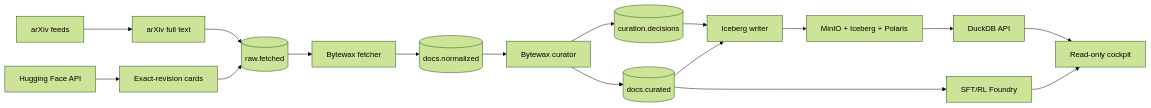
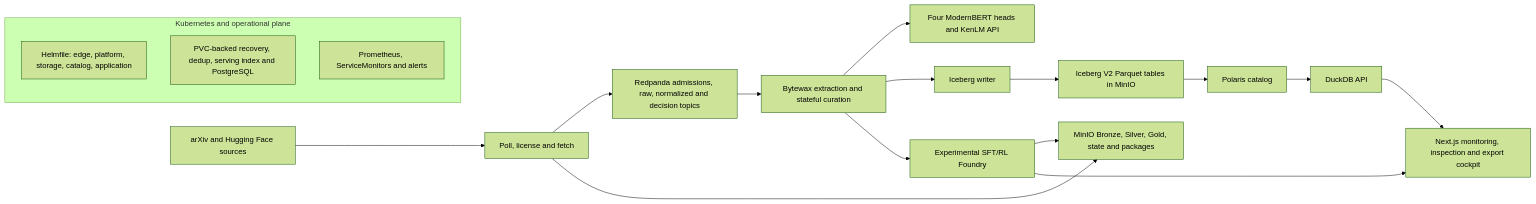
One commit to 0Chris5R/Stream2Pretrain changed the diagram in docs/architecture.mmd. Above: the diagram before and after it, drawn with Mermaid (forest theme). The commit also changed 53 other files, not shown here.

```diff
--- a/docs/architecture.mmd
+++ b/docs/architecture.mmd
@@ -1,17 +1,20 @@
 flowchart LR
-  arxiv["arXiv feeds"] --> arxivFetch["arXiv full text"]
-  hf["Hugging Face API"] --> hfFetch["Exact-revision cards"]
-  arxivFetch --> raw[(raw.fetched)]
-  hfFetch --> raw
-  raw --> fetcher["Bytewax fetcher"]
-  fetcher --> normalized[(docs.normalized)]
-  normalized --> curator["Bytewax curator"]
-  curator --> decisions[(curation.decisions)]
-  curator --> curated[(docs.curated)]
-  decisions --> writer["Iceberg writer"]
-  curated --> writer
-  writer --> lakehouse["MinIO + Iceberg + Polaris"]
-  lakehouse --> duckdb["DuckDB API"]
-  duckdb --> ui["Read-only cockpit"]
-  curated --> foundry["SFT/RL Foundry"]
+  sources["arXiv and Hugging Face sources"] --> ingest["Poll, license and fetch"]
+  ingest --> redpanda["Redpanda admissions, raw, normalized and decision topics"]
+  ingest --> minio["MinIO Bronze, Silver, Gold, state and packages"]
+  redpanda --> bytewax["Bytewax extraction and stateful curation"]
+  bytewax --> models["Four ModernBERT heads and KenLM API"]
+  bytewax --> writer["Iceberg writer"]
+  writer --> lakehouse["Iceberg V2 Parquet tables in MinIO"]
+  lakehouse --> polaris["Polaris catalog"]
+  polaris --> duckdb["DuckDB API"]
+  duckdb --> ui["Next.js monitoring, inspection and export cockpit"]
+  bytewax --> foundry["Experimental SFT/RL Foundry"]
+  foundry --> minio
   foundry --> ui
+
+  subgraph kubernetes["Kubernetes and operational plane"]
+    helmfile["Helmfile: edge, platform, storage, catalog, application"]
+    state["PVC-backed recovery, dedup, serving index and PostgreSQL"]
+    metrics["Prometheus, ServiceMonitors and alerts"]
+  end
```
